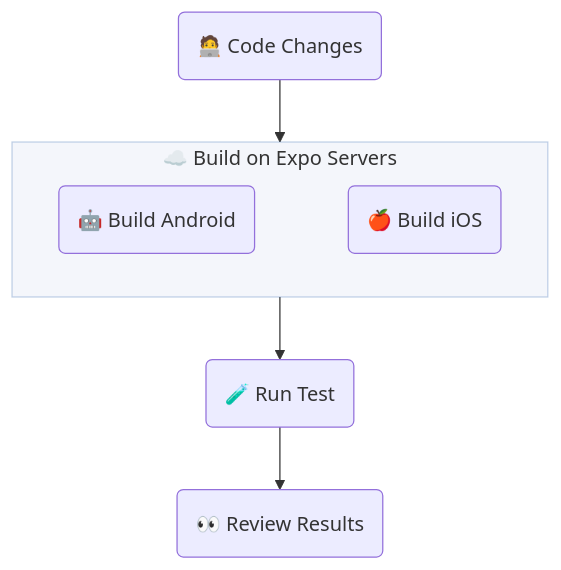
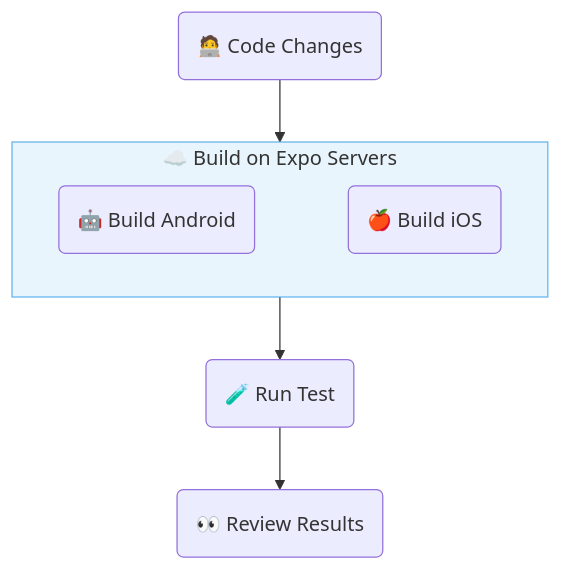
One commit to sherlo-io/sherlo changed the diagram in examples/eas-cloud-build/README.md. Above: the diagram before and after it, drawn with Mermaid. The commit also changed 2 other files, not shown here.

Commit message:
no message

````diff
--- a/examples/eas-cloud-build/README.md
+++ b/examples/eas-cloud-build/README.md
@@ -14,16 +14,16 @@
 ```mermaid
 flowchart TB
    UI(🧑‍💻 Code Changes)
    subgraph Build[☁️ Build on Expo Servers]
       Android(🤖 Build Android)
       iOS(🍎 Build iOS)
       Android ~~~ iOS
-      style Build fill:#426FB70F,stroke:#426FB750
+      style Build fill:#4ba9ec1f,stroke:#4ba9ecd9
    end
    Test(🧪 Run Test)
    Review(👀 Review Results)
 
    UI --> Build
    Build --> Test
    Test --> Review
 ```
````
